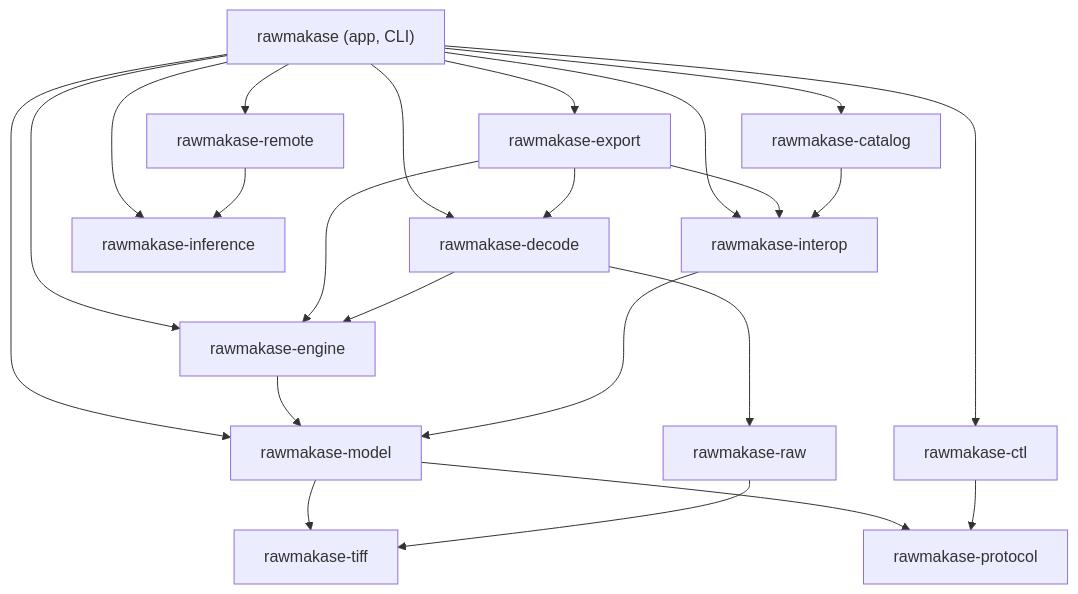
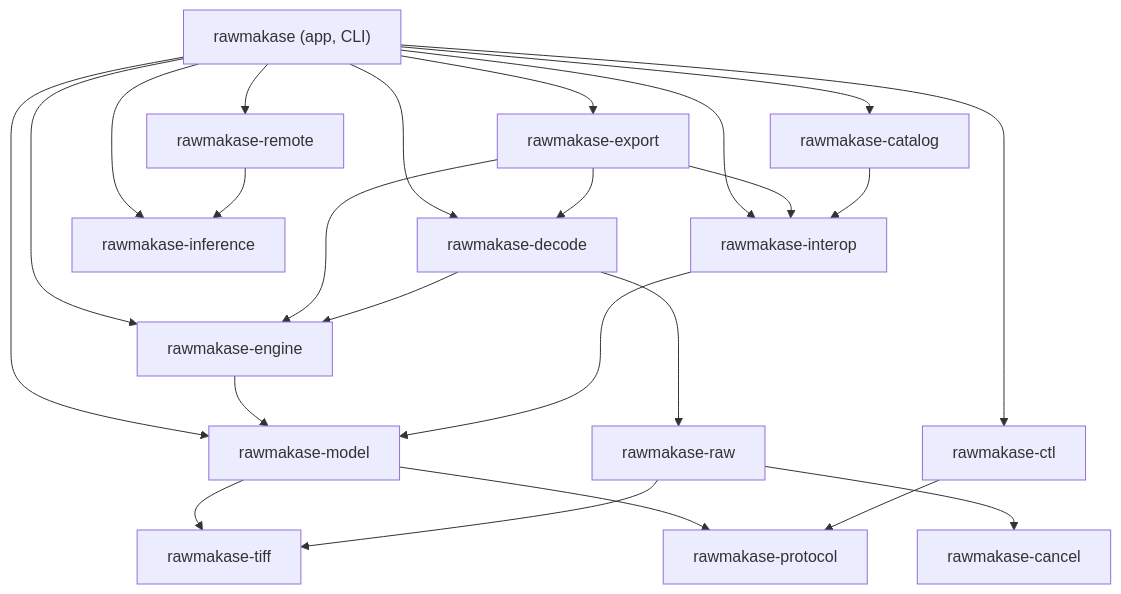
One commit to pch/rawmakase changed the diagram in docs/architecture.md. Above: the diagram before and after it, drawn with Mermaid. The commit also changed other lines of this file and 60 other files, not shown here.

First line of the commit message:
Add the Cancel token and use it in the RAW decoders (#808 step 4.7a)

````diff
--- a/docs/architecture.md
+++ b/docs/architecture.md
@@ -15,28 +15,29 @@
 ```mermaid
 flowchart TD
     app["rawmakase (app, CLI)"]
     export[rawmakase-export]
     decode[rawmakase-decode]
     catalog[rawmakase-catalog]
     engine[rawmakase-engine]
     interop[rawmakase-interop]
     model[rawmakase-model]
     raw[rawmakase-raw]
     tiff[rawmakase-tiff]
+    cancel[rawmakase-cancel]
     protocol[rawmakase-protocol]
     ctl[rawmakase-ctl]
     remote[rawmakase-remote]
     inference[rawmakase-inference]
 
     app --> export & decode & catalog & engine & interop & model
     app --> ctl & remote & inference
     export --> decode & engine & interop
     decode --> engine & raw
     catalog --> interop
     engine --> model
     interop --> model
     model --> tiff & protocol
-    raw --> tiff
+    raw --> tiff & cancel
     ctl --> protocol
     remote --> inference
 ```
````
